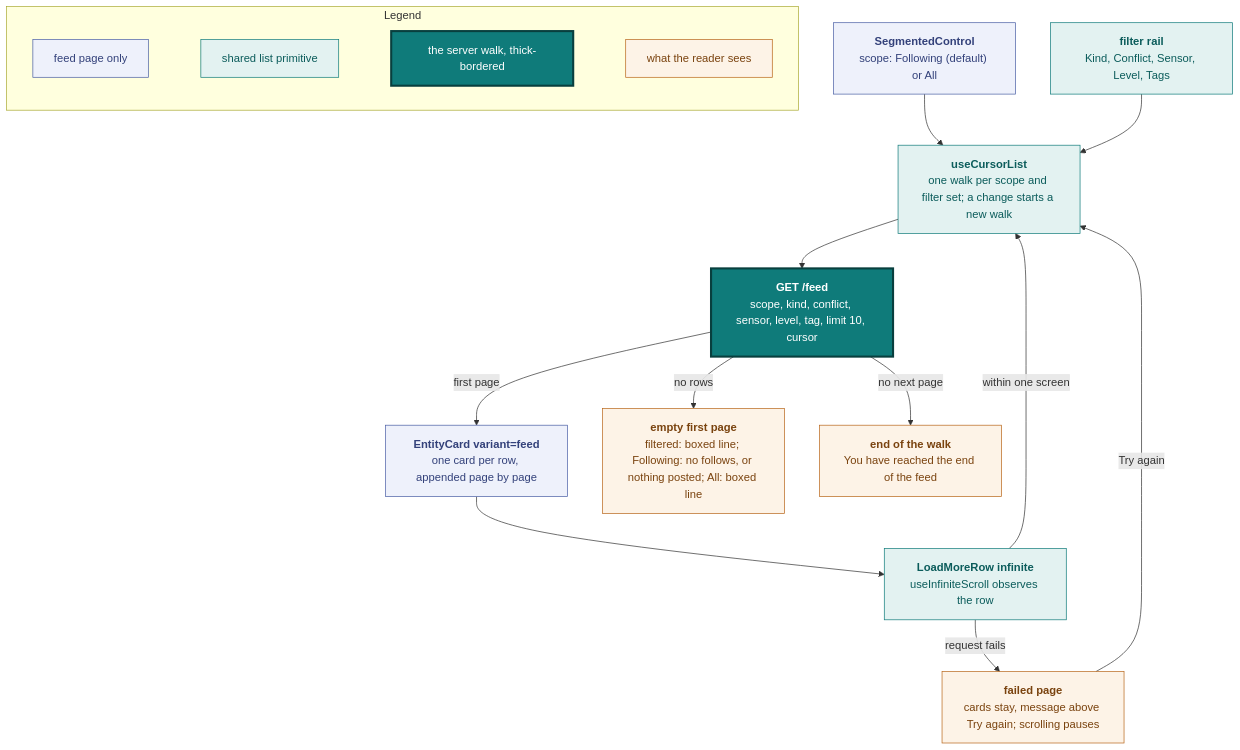
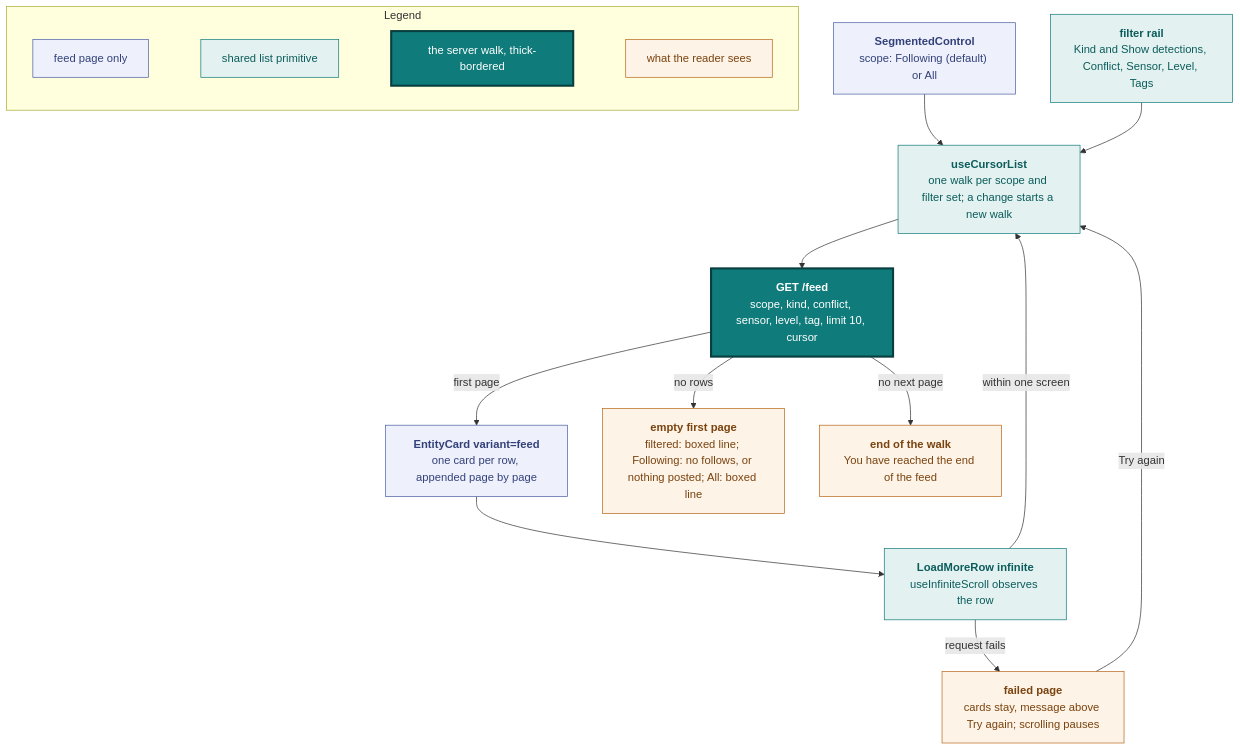
One commit to vidithq/vidit changed the ninth of 12 diagrams in docs/design.md. Above: the diagram before and after it, drawn with Mermaid. The commit also changed other lines of this file and 12 other files, not shown here.

First line of the commit message:
feat: show machine detections in the feed, with a switch to hide them

````diff
--- a/docs/design.md
+++ b/docs/design.md
@@ -863,46 +863,46 @@
 ```mermaid
 flowchart TB
   classDef page fill:#eef1fb,stroke:#4a5fa5,color:#33417a
   classDef shared fill:#e3f2f1,stroke:#0f7b7a,color:#0b5c5b
   classDef core fill:#0f7b7a,stroke:#083f3e,stroke-width:3px,color:#ffffff
   classDef state fill:#fdf3e7,stroke:#b8661a,color:#7a430f
 
   subgraph legend [Legend]
     direction LR
     l1["`feed page only`"]:::page
     l2["`shared list primitive`"]:::shared
     l3["`the server walk, thick-bordered`"]:::core
     l4["`what the reader sees`"]:::state
     l1 ~~~ l2 ~~~ l3 ~~~ l4
   end
 
   toggle["`**SegmentedControl**
   scope: Following (default) or All`"]:::page
   filters["`**filter rail**
-  Kind, Conflict, Sensor, Level, Tags`"]:::shared
+  Kind and Show detections, Conflict, Sensor, Level, Tags`"]:::shared
   walk["`**useCursorList**
   one walk per scope and filter set; a change starts a new walk`"]:::shared
   api["`**GET /feed**
   scope, kind, conflict, sensor, level, tag, limit 10, cursor`"]:::core
   cards["`**EntityCard variant=feed**
   one card per row, appended page by page`"]:::page
   row["`**LoadMoreRow infinite**
   useInfiniteScroll observes the row`"]:::shared
 
   empty["`**empty first page**
   filtered: boxed line; Following: no follows, or nothing posted; All: boxed line`"]:::state
   failed["`**failed page**
   cards stay, message above Try again; scrolling pauses`"]:::state
   done["`**end of the walk**
   You have reached the end of the feed`"]:::state
 
   toggle --> walk --> api
   filters --> walk
   api -->|first page| cards
   api -->|no rows| empty
   cards --> row
   row -->|within one screen| walk
   row -->|request fails| failed
   failed -->|Try again| walk
   api -->|no next page| done
 ```
````
